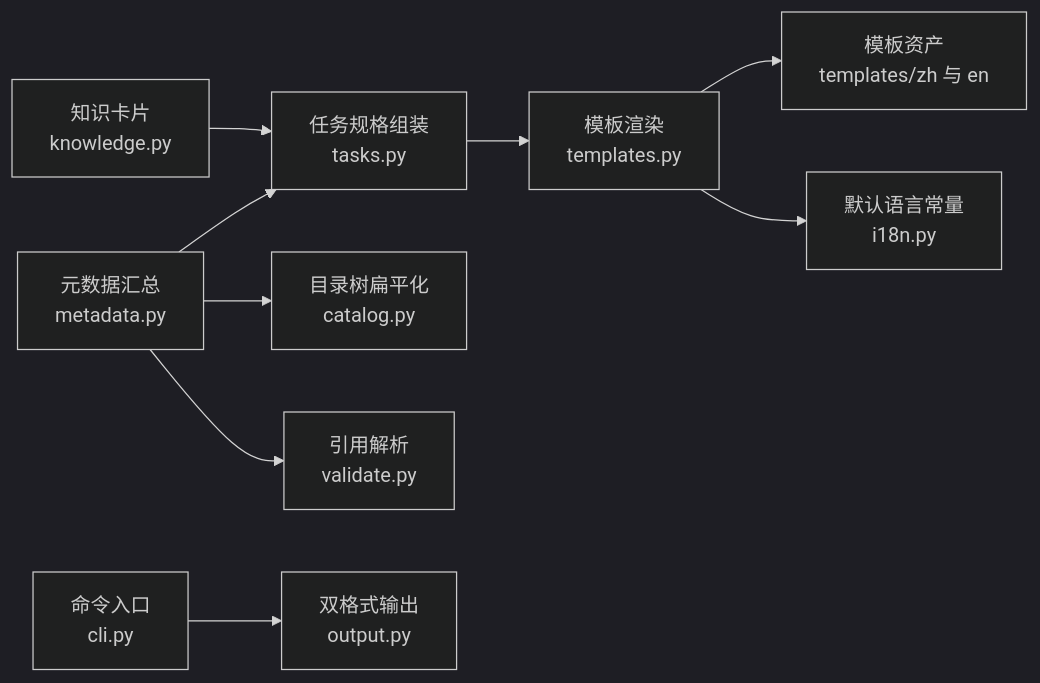
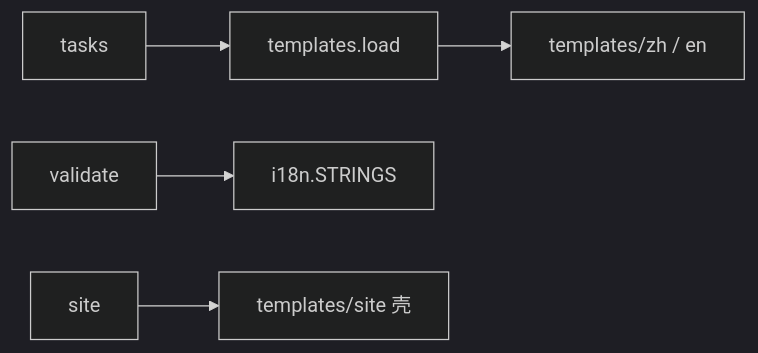
The third of 3 diagrams in .repowiki/zh/content/内容产出与模板/内容产出与模板.md (luomsis/repowiki), drawn with Mermaid (dark theme) before and after one commit. The commit also changed other lines of this file and 100 other files, not shown here.

````diff
--- a/.repowiki/zh/content/内容产出与模板/内容产出与模板.md
+++ b/.repowiki/zh/content/内容产出与模板/内容产出与模板.md
@@ -164,11 +133,7 @@
 ```mermaid
 graph LR
-TASKS["任务规格组装<br/>tasks.py"] --> TPL["模板渲染<br/>templates.py"]
-TPL --> ASSETS["模板资产<br/>templates/zh 与 en"]
-TPL --> I18N["默认语言常量<br/>i18n.py"]
-META["元数据汇总<br/>metadata.py"] --> CATALOG["目录树扁平化<br/>catalog.py"]
-META --> VAL["引用解析<br/>validate.py"]
-META --> TASKS
-KNOW["知识卡片<br/>knowledge.py"] --> TASKS
-CLI["命令入口<br/>cli.py"] --> OUT["双格式输出<br/>output.py"]
+A["tasks"] --> B["templates.load"]
+B --> C["templates/zh / en"]
+D["validate"] --> E["i18n.STRINGS"]
+F["site"] --> G["templates/site 壳"]
 ```
````
